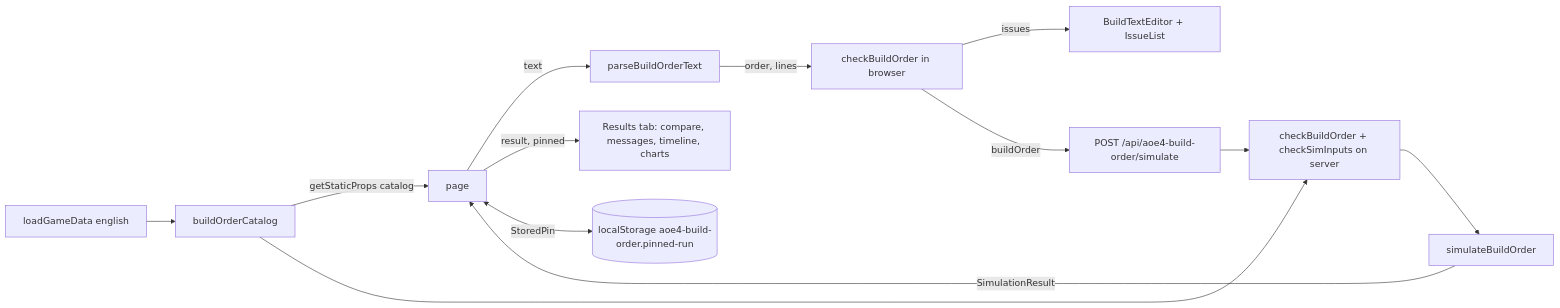
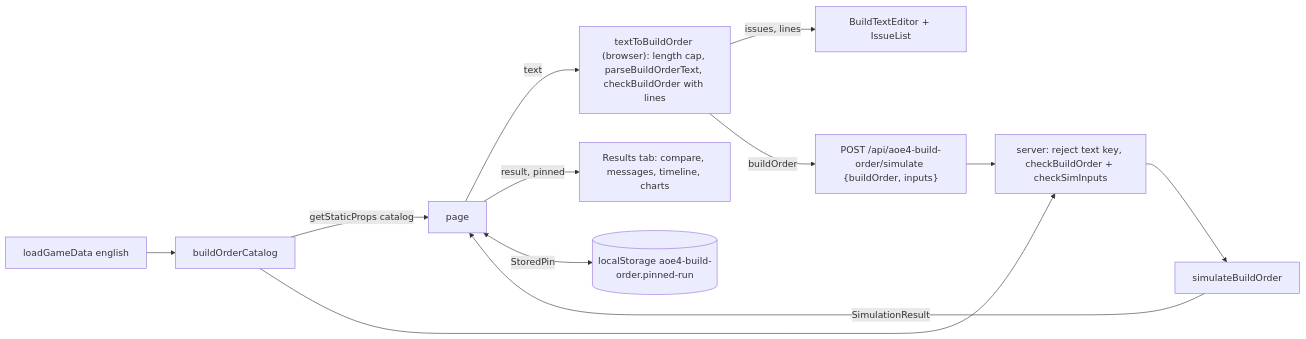
Before and after one commit to NicholasKChoi/WOTR_Combat_Simulator: the diagram in projects/strategy-game-sim/design/M4.md, drawn with Mermaid. The commit also changed other lines of this file and 5 other files, not shown here.

Commit message:
Route M4 owner answers: remove API text, update M4 design

````diff
--- a/projects/strategy-game-sim/design/M4.md
+++ b/projects/strategy-game-sim/design/M4.md
@@ -442,14 +497,13 @@
 ```mermaid
 flowchart LR
   D[loadGameData english] --> C[buildOrderCatalog]
   C -->|getStaticProps catalog| P[page]
-  P -->|text| T[parseBuildOrderText]
-  T -->|order, lines| K1[checkBuildOrder in browser]
-  K1 -->|issues| E[BuildTextEditor + IssueList]
-  K1 -->|buildOrder| R[POST /api/aoe4-build-order/simulate]
-  C --> K2[checkBuildOrder + checkSimInputs on server]
+  P -->|text| T["textToBuildOrder (browser): length cap, parseBuildOrderText, checkBuildOrder with lines"]
+  T -->|issues, lines| E[BuildTextEditor + IssueList]
+  T -->|buildOrder| R["POST /api/aoe4-build-order/simulate {buildOrder, inputs}"]
+  C --> K2[server: reject text key, checkBuildOrder + checkSimInputs]
   R --> K2 --> S[simulateBuildOrder]
   S -->|SimulationResult| P
   P -->|result, pinned| RT[Results tab: compare, messages, timeline, charts]
   P <-->|StoredPin| LS[(localStorage aoe4-build-order.pinned-run)]
 ```
````
